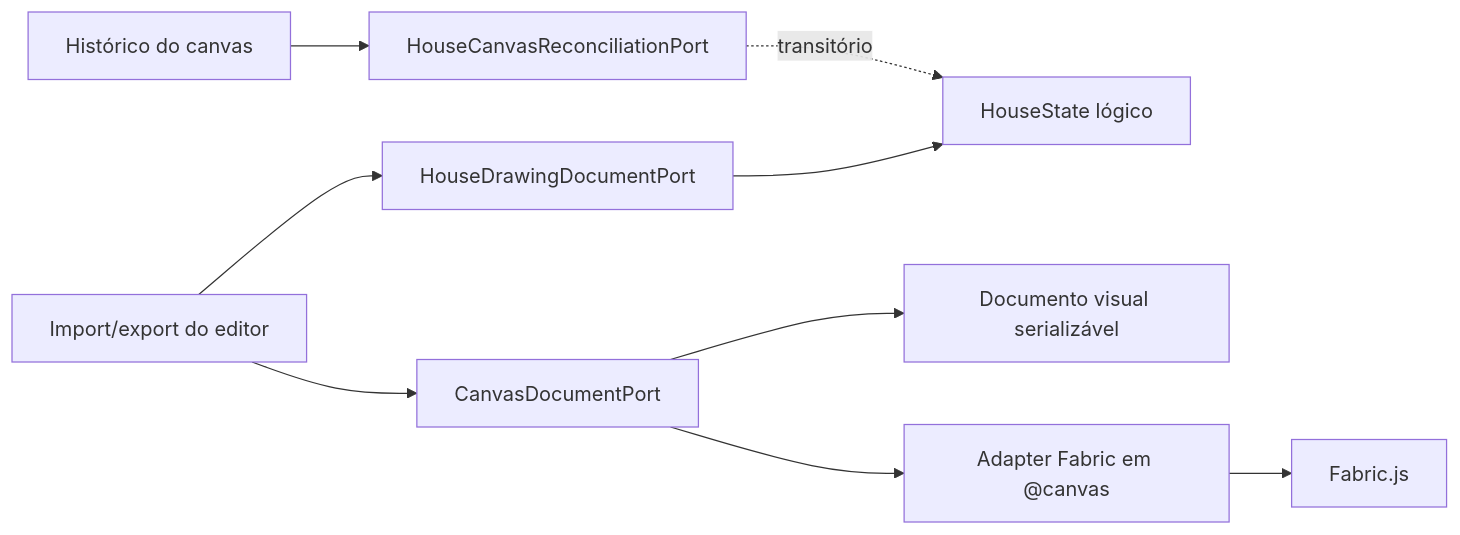
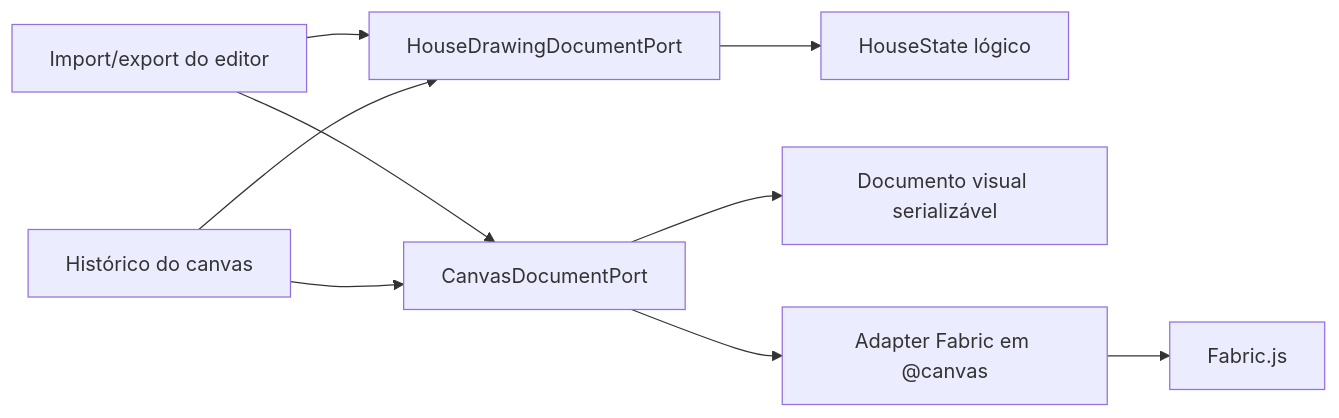
One commit to desiderati/rac-designer-teto changed the diagram in docs/architecture-decisions/ADR-002-formato-canonico-projeto-rac.md. Above: the diagram before and after it, drawn with Mermaid. The commit also changed other lines of this file and 41 other files, not shown here.

````diff
--- a/docs/architecture-decisions/ADR-002-formato-canonico-projeto-rac.md
+++ b/docs/architecture-decisions/ADR-002-formato-canonico-projeto-rac.md
@@ -52,21 +51,20 @@
 ```mermaid
 flowchart LR
     Hook["Import/export do editor"]
     HouseDocumentPort["HouseDrawingDocumentPort"]
     HouseState["HouseState lógico"]
     CanvasDocumentPort["CanvasDocumentPort"]
     CanvasDocument["Documento visual serializável"]
     FabricAdapter["Adapter Fabric em @canvas"]
     Fabric["Fabric.js"]
-    Reconciliation["HouseCanvasReconciliationPort"]
     History["Histórico do canvas"]
 
     Hook --> HouseDocumentPort
     Hook --> CanvasDocumentPort
     HouseDocumentPort --> HouseState
     CanvasDocumentPort --> CanvasDocument
     CanvasDocumentPort --> FabricAdapter
     FabricAdapter --> Fabric
-    History --> Reconciliation
-    Reconciliation -. "transitório" .-> HouseState
+    History --> CanvasDocumentPort
+    History --> HouseDocumentPort
 ```
````
